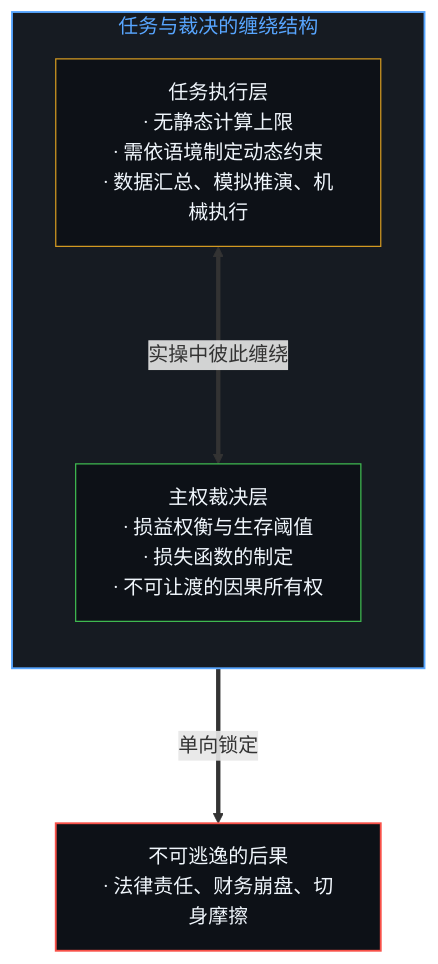
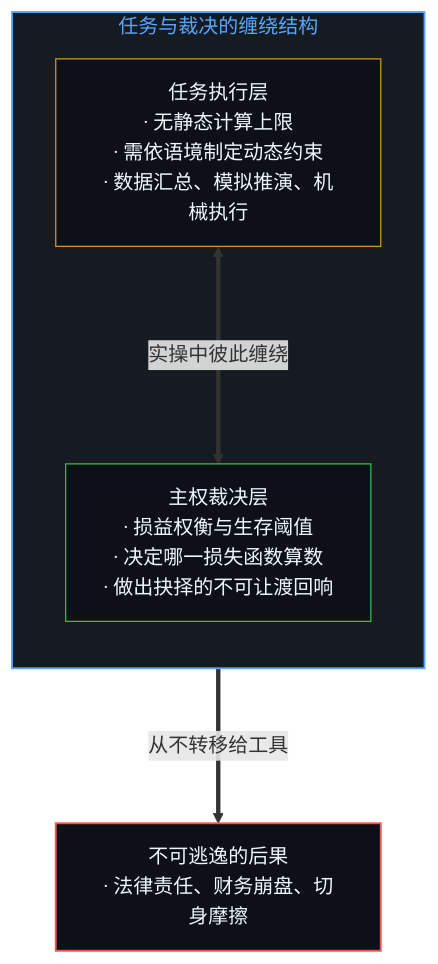
Before and after one commit to powerpig99/not-a-toe: the third of 12 diagrams in content/posts/the-delegation-of-the-task-and-the-inalienability-of-consequences.md, drawn with Mermaid. The commit also changed other lines of this file and 12 other files, not shown here.

````diff
--- a/content/posts/the-delegation-of-the-task-and-the-inalienability-of-consequences.md
+++ b/content/posts/the-delegation-of-the-task-and-the-inalienability-of-consequences.md
@@ -87,14 +87,14 @@
 ```mermaid
 flowchart TD
     subgraph S_Delegation["任务与裁决的缠绕结构"]
         direction TB
         T["任务执行层<br/>· 无静态计算上限<br/>· 需依语境制定动态约束<br/>· 数据汇总、模拟推演、机械执行"]
-        J["主权裁决层<br/>· 损益权衡与生存阈值<br/>· 损失函数的制定<br/>· 不可让渡的因果所有权"]
+        J["主权裁决层<br/>· 损益权衡与生存阈值<br/>· 决定哪一损失函数算数<br/>· 做出抉择的不可让渡回响"]
         T <===>|"实操中彼此缠绕"| J
     end
-    J ===>|"单向锁定"| R["不可逃逸的后果<br/>· 法律责任、财务崩盘、切身摩擦"]
+    J ===>|"从不转移给工具"| R["不可逃逸的后果<br/>· 法律责任、财务崩盘、切身摩擦"]
     style S_Delegation fill:#161b22,stroke:#58a6ff,stroke-width:1.5px,color:#58a6ff
     style T fill:#0d1117,stroke:#d29922,stroke-width:1px,color:#f0f6fc
     style J fill:#0d1117,stroke:#3fb950,stroke-width:1px,color:#f0f6fc
     style R fill:#0d1117,stroke:#f85149,stroke-width:1.5px,color:#f0f6fc
 ```
````
